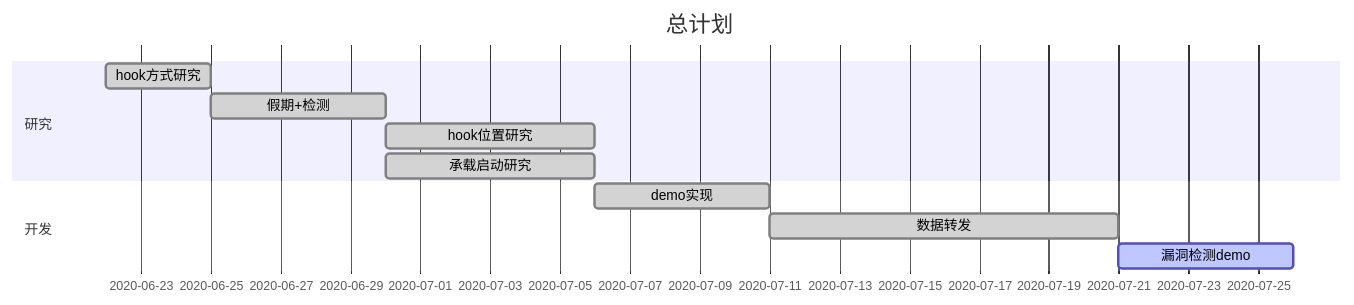
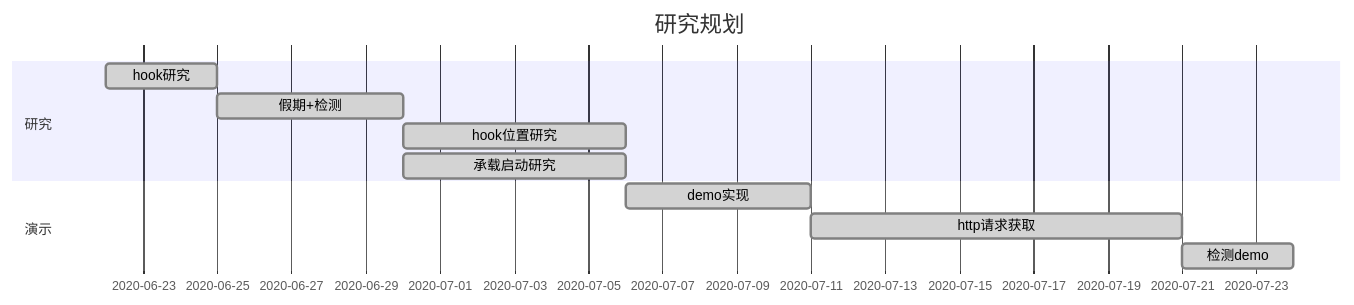
The first of 3 diagrams in Plan.md (luotianqi777/Notebook), drawn with Mermaid before and after one commit. The commit also changed 1 other file, not shown here.

Commit message:
更新计划

````diff
--- a/Plan.md
+++ b/Plan.md
@@ -3,14 +3,14 @@
 ```mermaid
 gantt
 dateFormat MM-DD
-title 总计划
+title 研究规划
 section 研究
-hook方式研究: done, hook_find, 06-22, 3d
+hook研究: done, hook_find, 06-22, 3d
 假期+检测: done, holiday, after hook_find, 5d
 hook位置研究: done, hook_location, after holiday, 6d
 承载启动研究: done, startup ,after holiday, 6d
-section 开发
+section 演示
 demo实现: done, hook_impl, after startup, 5d
-数据转发: done, data_send, after hook_impl, 10d
-漏洞检测demo: active, bug_check, after data_send, 5d
+http请求获取: done, data_send, after hook_impl, 10d
+检测demo: done, bug_check, after data_send, 3d
 ```
````
